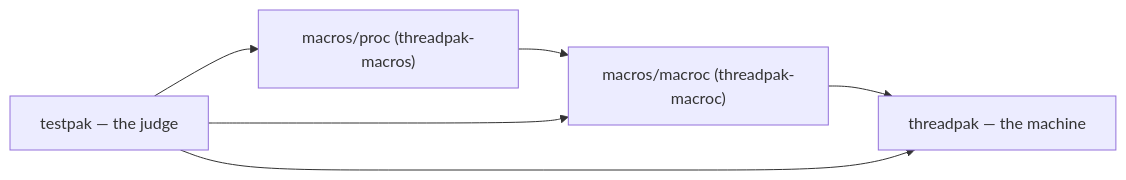
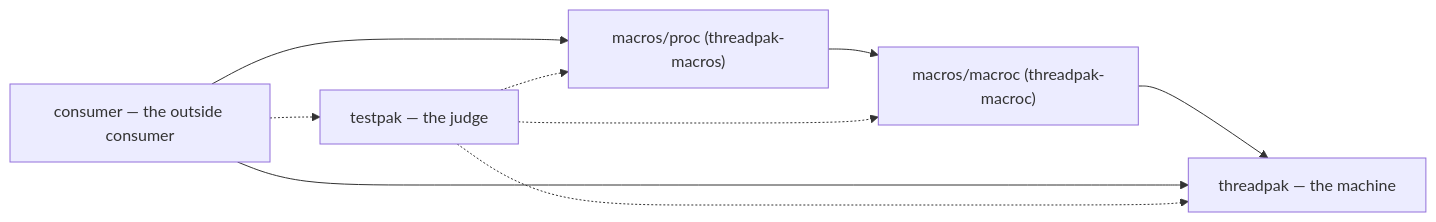
The second of 3 diagrams in README.md (freebatteryfactory/Macroonz), drawn with Mermaid before and after one commit. The commit also changed other lines of this file and 106 other files, not shown here.

````diff
--- a/README.md
+++ b/README.md
@@ -49,8 +50,11 @@
 ```mermaid
 flowchart LR
     PROC["macros/proc (threadpak-macros)"] --> MC["macros/macroc (threadpak-macroc)"]
     MC --> CORE["threadpak — the machine"]
-    TP["testpak — the judge"] --> CORE
-    TP --> MC
-    TP --> PROC
+    CONS["consumer — the outside consumer"] --> CORE
+    CONS --> PROC
+    TP["testpak — the judge"] -.-> CORE
+    TP -.-> MC
+    TP -.-> PROC
+    CONS -.-> TP
 ```
````
